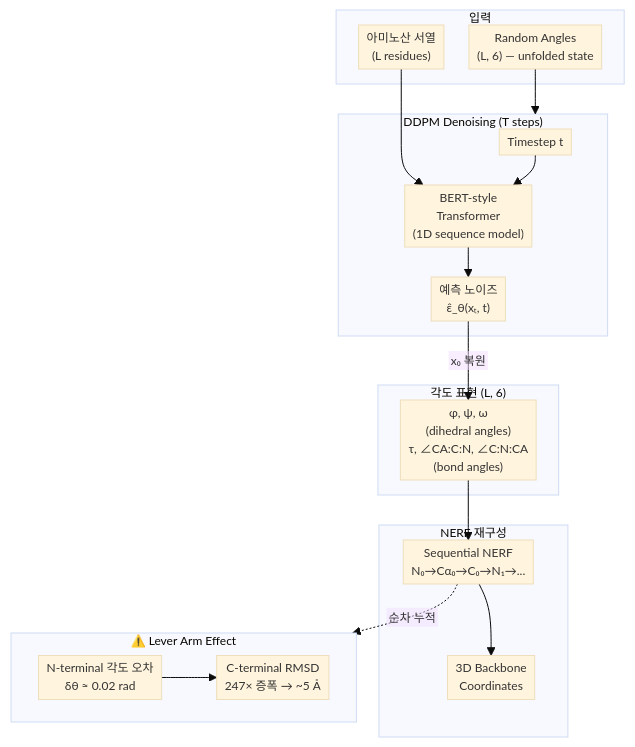
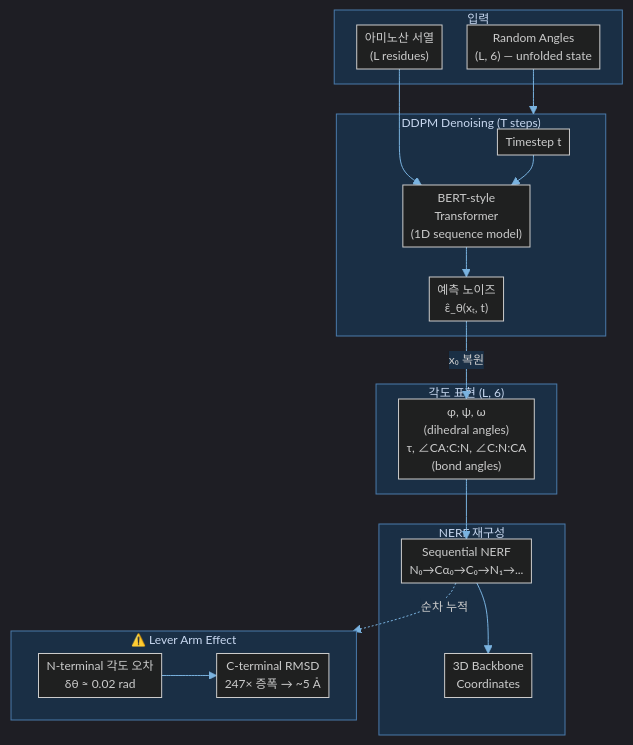
One commit to rlaalswhd199/PARA-vault changed the diagram in 1_Projects/Crypticflow/Reading_Notes/Paper_Wu24_FoldingDiff.md. Above: the diagram before and after it, drawn with Mermaid. The commit also changed other lines of this file and 32 other files, not shown here.

````diff
--- a/1_Projects/Crypticflow/Reading_Notes/Paper_Wu24_FoldingDiff.md
+++ b/1_Projects/Crypticflow/Reading_Notes/Paper_Wu24_FoldingDiff.md
@@ -24,38 +19,38 @@
 ```mermaid
-%%{init: {'theme':'base', 'flowchart': {'htmlLabels': false, 'curve': 'basis', 'nodeSpacing': 25, 'rankSpacing': 30, 'padding': 4, 'useMaxWidth': true}, 'themeVariables': {'fontSize': '12px'}}}%%
+%%{init: {'theme':'dark', 'flowchart': {'htmlLabels': true, 'curve': 'basis', 'nodeSpacing': 25, 'rankSpacing': 30, 'padding': 4, 'useMaxWidth': true}, 'themeVariables': {'fontSize': '12px', 'primaryColor': '#2d4a6e', 'primaryTextColor': '#e8eaf0', 'primaryBorderColor': '#5a8abf', 'lineColor': '#7ab3e0', 'secondaryColor': '#1e3a5a', 'tertiaryColor': '#162840', 'clusterBkg': '#1a2f45', 'clusterBorder': '#4a7aaa', 'titleColor': '#c8d8f0', 'edgeLabelBackground': '#1a2f45', 'nodeTextColor': '#e8eaf0'}}}%%
 flowchart TB
     subgraph INPUT["입력"]
-        SEQ["아미노산 서열\n(L residues)"]
-        NOISE["Random Angles\n(L, 6) — unfolded state"]
+        SEQ["아미노산 서열<br/>(L residues)"]
+        NOISE["Random Angles<br/>(L, 6) — unfolded state"]
     end
 
     subgraph REPR["각도 표현 (L, 6)"]
-        ANG["φ, ψ, ω\n(dihedral angles)\nτ, ∠CA:C:N, ∠C:N:CA\n(bond angles)"]
+        ANG["φ, ψ, ω<br/>(dihedral angles)<br/>τ, ∠CA:C:N, ∠C:N:CA<br/>(bond angles)"]
     end
 
     subgraph DIFFUSION["DDPM Denoising (T steps)"]
         T["Timestep t"]
-        BERT["BERT-style\nTransformer\n(1D sequence model)"]
-        PRED["예측 노이즈\nε̂_θ(xₜ, t)"]
+        BERT["BERT-style<br/>Transformer<br/>(1D sequence model)"]
+        PRED["예측 노이즈<br/>ε̂_θ(xₜ, t)"]
     end
 
     subgraph DECODE["NERF 재구성"]
-        NERF["Sequential NERF\nN₀→Cα₀→C₀→N₁→..."]
-        COORD["3D Backbone\nCoordinates"]
+        NERF["Sequential NERF<br/>N₀→Cα₀→C₀→N₁→..."]
+        COORD["3D Backbone<br/>Coordinates"]
     end
 
     subgraph PROBLEM["⚠️ Lever Arm Effect"]
-        ERR["N-terminal 각도 오차\nδθ ≈ 0.02 rad"]
-        AMP["C-terminal RMSD\n247× 증폭 → ~5 Å"]
+        ERR["N-terminal 각도 오차<br/>δθ ≈ 0.02 rad"]
+        AMP["C-terminal RMSD<br/>247× 증폭 → ~5 Å"]
         ERR --> AMP
     end
 
     SEQ --> BERT
     NOISE --> DIFFUSION
     T --> BERT
     BERT --> PRED
     PRED -->|"x₀ 복원"| ANG
     ANG --> NERF
     NERF --> COORD
     NERF -.->|"순차 누적"| PROBLEM
 ```
````
